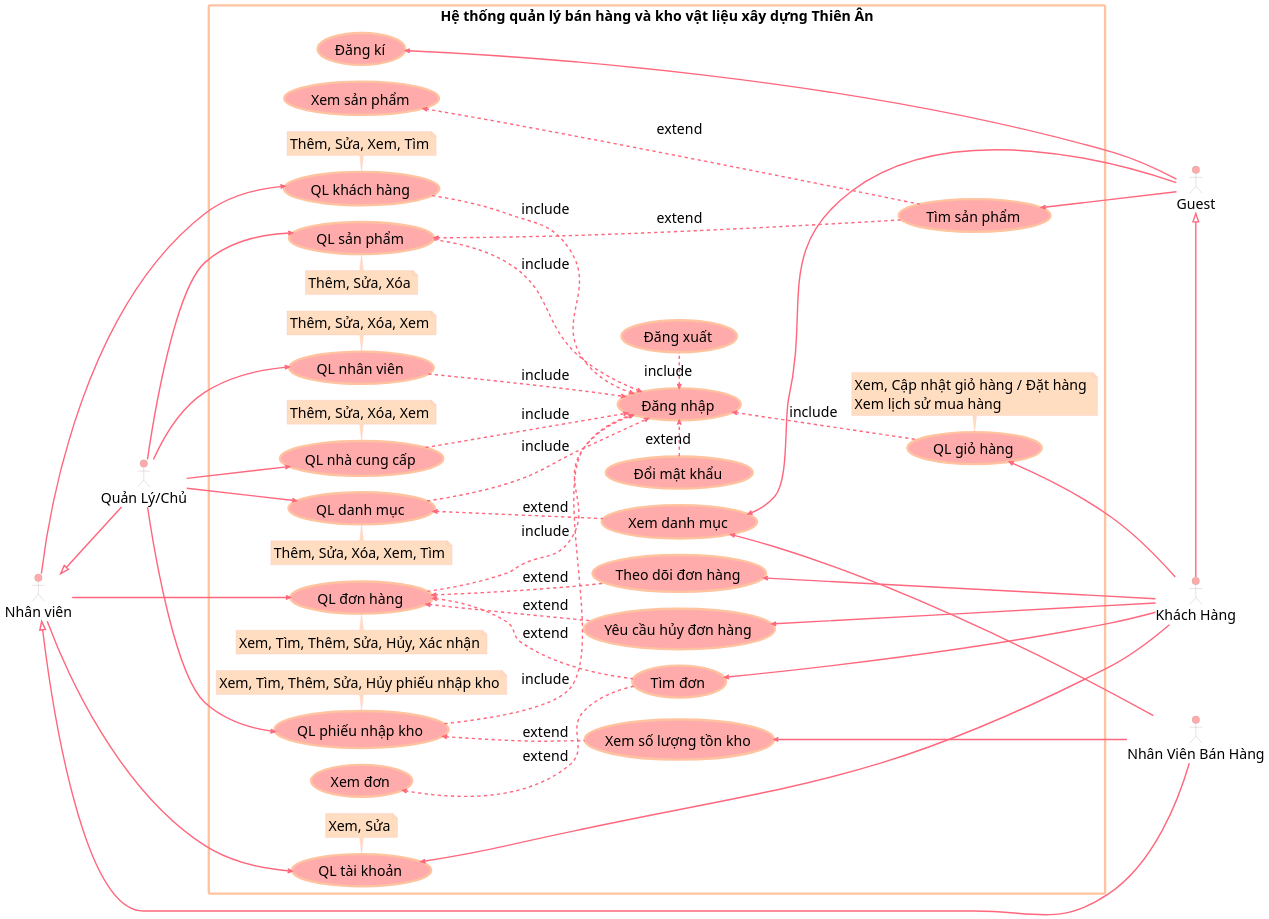
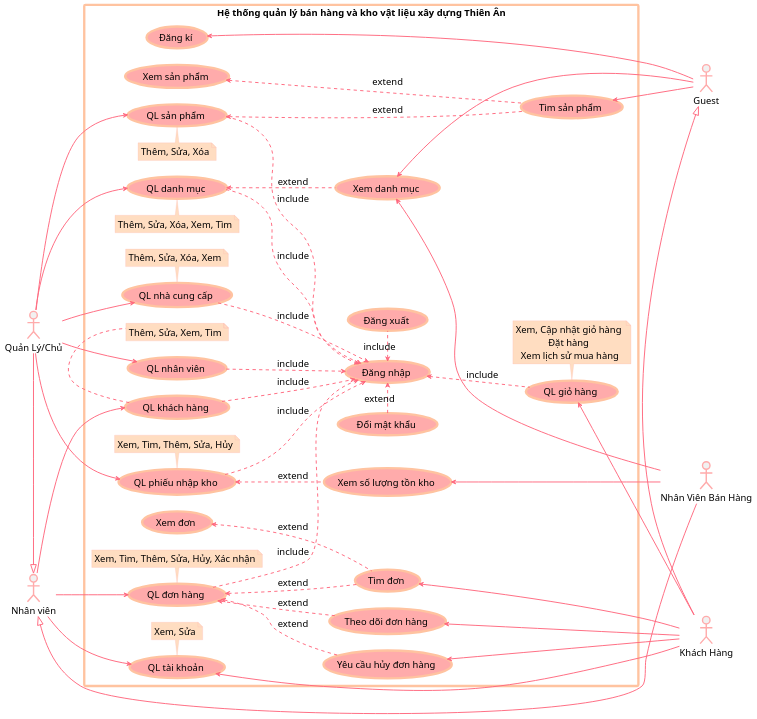
The first of 2 diagrams in assets/plantuml/Oris/Oris-NewUC.puml (ThanhdatOris/LAB2211), drawn with PlantUML before and after one commit. The commit also changed other lines of this file, not shown here.

```diff
--- a/assets/plantuml/Oris/Oris-NewUC.puml
+++ b/assets/plantuml/Oris/Oris-NewUC.puml
@@ -5,178 +5,175 @@
 @startuml
 
 skinparam shadowing false
 skinparam defaultFontName Montserrat
-skinparam defaultFontSize 30
-skinparam titleFontSize 50
-skinparam ArrowThickness 3
+skinparam defaultFontSize 20
+skinparam ArrowThickness 2
 skinparam ArrowMessageAlignment center
 skinparam ArrowHeadColor #FF677D
 
 
 skinparam note {
     BackgroundColor #FFDDC1
     BorderColor #FFABAB
     FontName Montserrat
+    TextAlign center
 }
 skinparam usecase {
     BackgroundColor #FFABAB
     BorderColor #FFC3A0
     ArrowColor #FF677D
     FontName Montserrat
     BorderThickness 5
 }
 skinparam actor {
-    BackgroundColor #FFABAB
-    BorderColor #A28089
-    FontName "Montserrat BLack"
-    
+    BorderColor #FFABAB
+    BorderThickness 3
 }
 
 skinparam rectangle {
     FontName "Montserrat BLack"
     BorderColor #FFC3A0
     BorderThickness 5
     ArrowColor #FF677D
 }
 
 left to right direction
 
 '------------- Actor -------------
 
 actor "Nhân viên" as NV
 actor "Quản Lý/Chủ" as NVQL
 actor "Nhân Viên Bán Hàng" as NVBH
 actor "Guest" as GUEST
 actor "Khách Hàng" as KH
 
     '----------- Kế thừa -----------
 
     ' NVQL --|> NV
-    NV <|-- NVQL
+    NV <|-left- NVQL
     ' NVBH --|> NV
     NV <|-down- NVBH
     ' KH --|> GUEST
     GUEST <|-right- KH
 
 '------------- Boundary -------------
 
 rectangle "Hệ thống quản lý bán hàng và kho vật liệu xây dựng Thiên Ân" {
 
     '>>>>>>>>>>>>>>> Khai báo >>>>>>>>>>>>>>>
 
     '------------- UceeCase Tổng quát -------------
 
     'Quản lý Tài khoản
     (QL tài khoản) as QLTK
     'Quản lý Danh mục
     (QL danh mục) as QLDM
     'Quản lý Kho hàng
     (QL phiếu nhập kho) as QLKHO
     'Quản lý Nhân viên
     (QL nhân viên) as QLNV
     'Quản lý Nhà cung cấp
     (QL nhà cung cấp) as QLNCC
     'Quản lý Đơn hàng
     (QL đơn hàng) as QLDH
     'Quản lý Sản phẩm
     (QL sản phẩm) as QLSP
     'Quản lý Giỏ hàng
     (QL giỏ hàng) as QLGH
     'Quản lý Khách hàng
     (QL khách hàng) as QLKH
 
     note bottom of QLTK: Xem, Sửa
     note top of QLDM: Thêm, Sửa, Xóa, Xem, Tìm
-    note bottom of QLKHO: Xem, Tìm, Thêm, Sửa, Hủy phiếu nhập kho
-    note bottom of QLNV: Thêm, Sửa, Xóa, Xem
+    note bottom of QLKHO: Xem, Tìm, Thêm, Sửa, Hủy
     note bottom of QLNCC: Thêm, Sửa, Xóa, Xem
-    note top of QLDH: Xem, Tìm, Thêm, Sửa, Hủy, Xác nhận
+    note bottom of QLDH: Xem, Tìm, Thêm, Sửa, Hủy, Xác nhận
     note top of QLSP: Thêm, Sửa, Xóa
-    note bottom of QLGH: Xem, Cập nhật giỏ hàng / Đặt hàng \nXem lịch sử mua hàng
+    note bottom of QLGH: Xem, Cập nhật giỏ hàng \nĐặt hàng \nXem lịch sử mua hàng
     note bottom of QLKH: Thêm, Sửa, Xem, Tìm
 
     '------------- UceeCase Chi tiết -------------
 
     (Xem danh mục) as XEM_DMSP
     (Xem số lượng tồn kho) as XEM_HANG
     (Tìm đơn) as TIM_DH
     (Xem đơn) as XEM_DH
     (Theo dõi đơn hàng) as THEO_DOI_DH
     (Yêu cầu hủy đơn hàng) as YCHUY_DH
     (Xem sản phẩm) as XEM_SP
     (Tìm sản phẩm) as TIM_SP
     
     (Đăng xuất) as Logout
     (Đăng nhập) as Login
     (Đăng kí) as SignUp
     (Đổi mật khẩu) as ChangePass
 
     '>>>>>>>>>>>>>>> Hướng >>>>>>>>>>>>>>
 
     Login <. Logout: include
     ChangePass .> Login : extend
     
     'Tất cả các usecase đều include Login
     QLDM ..> Login : include
     QLDH ..> Login : include
     QLSP ..> Login : include
     QLNCC ..> Login : include
     QLKH ..> Login : include
     QLNV ..> Login : include
     QLKHO ..> Login : include
     Login <.. QLGH: include
 
     '----------- Nhân viên (Parent) -----------
     
     NV --> QLDH
     NV --> QLTK
     NV --> QLKH
 
     '----------- Quản lý -----------
 
     NVQL --> QLDM
     NVQL --> QLKHO
     NVQL --> QLNV
     NVQL --> QLNCC
     NVQL --> QLSP
 
     'Sản phẩm
     QLSP <... TIM_SP: extend
 
     'Danh mục sp
     QLDM <.. XEM_DMSP: extend
 
     'Kho hàng
     QLKHO <.. XEM_HANG  : extend
 
     'Đơn hàng
     QLDH <.. TIM_DH: extend
 
     '----------- Nhân Viên Bán Hàng -----------
 
     ' NVBH ---> XEM_HANG
     ' NVBH --> XEM_DMSP
 
     XEM_HANG <--- NVBH
     XEM_DMSP <--- NVBH
 
     '----------- Khách Hàng -----------
 
     SignUp <- GUEST
     TIM_SP <-- GUEST
     XEM_DMSP <-- GUEST
 
     XEM_SP <... TIM_SP: extend
     XEM_DH <.. TIM_DH: extend
 
     QLDH <.. YCHUY_DH: extend
     QLDH <.. THEO_DOI_DH: extend
 
     QLGH <-- KH
     QLTK <- KH
     YCHUY_DH <-- KH
     THEO_DOI_DH <-- KH
     TIM_DH <-- KH
 }
 
 @enduml
```
